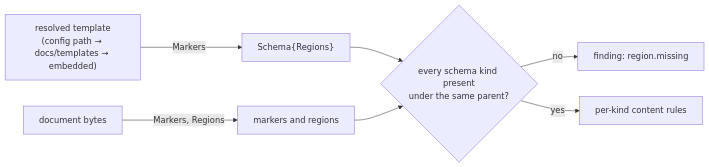
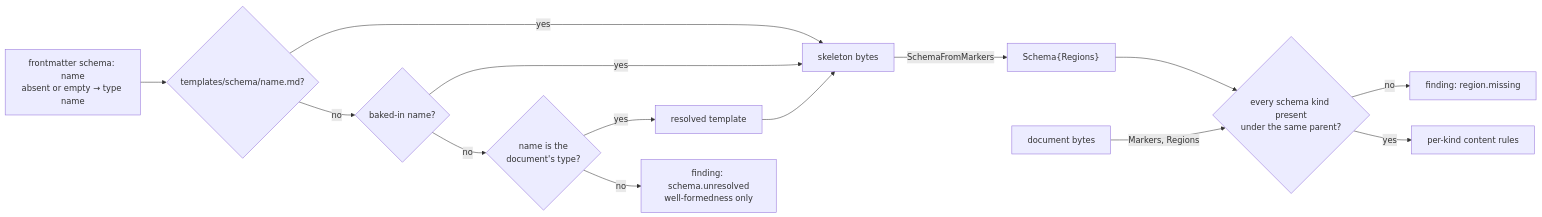
The second of 6 diagrams in docs/design/0015-structured-regions-and-docz-validate.md (donaldgifford/docz), drawn with Mermaid before and after one commit. The commit also changed other lines of this file and 1 other file, not shown here.

First line of the commit message:
docs(design): DESIGN-0015 OQ 1 — the schema is a marker skeleton the document names

````diff
--- a/docs/design/0015-structured-regions-and-docz-validate.md
+++ b/docs/design/0015-structured-regions-and-docz-validate.md
@@ -262,9 +303,15 @@
 ```mermaid
 flowchart LR
-  tmpl["resolved template<br/>(config path → docs/templates → embedded)"] -->|Markers| schema["Schema{Regions}"]
-  doc["document bytes"] -->|Markers, Regions| facts["markers and regions"]
-  schema --> check{"every schema kind present<br/>under the same parent?"}
-  facts --> check
+  fm["frontmatter schema: name<br/>absent or empty → type name"] --> file{"templates/schema/name.md?"}
+  file -- yes --> skel["skeleton bytes"]
+  file -- no --> baked{"baked-in name?"}
+  baked -- yes --> skel
+  baked -- no --> own{"name is the<br/>document's type?"}
+  own -- yes --> tmpl["resolved template"] --> skel
+  own -- no --> unres["finding: schema.unresolved<br/>well-formedness only"]
+  skel -->|SchemaFromMarkers| schema["Schema{Regions}"]
+  doc["document bytes"] -->|Markers, Regions| check{"every schema kind present<br/>under the same parent?"}
+  schema --> check
   check -- no --> missing["finding: region.missing"]
   check -- yes --> content["per-kind content rules"]
 ```
````
